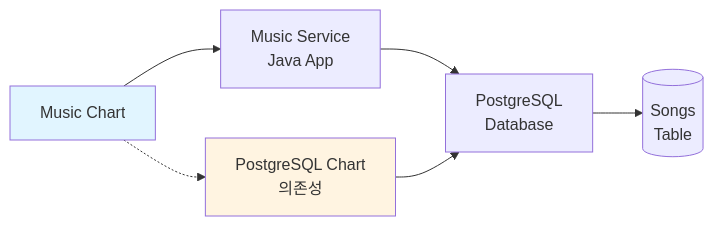
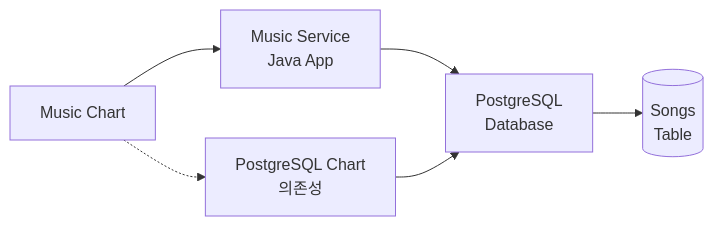
Before and after one commit to juwon8891/juwon8891.github.io: the fourth of 10 diagrams in docs/cicd/week2-helm-tekton.md, drawn with Mermaid. The commit also changed other lines of this file and 18 other files, not shown here.

Commit message:
Remove bright colors from Mermaid diagrams for dark mode compatibility

````diff
--- a/docs/cicd/week2-helm-tekton.md
+++ b/docs/cicd/week2-helm-tekton.md
@@ -559,12 +556,10 @@
 ```mermaid
 graph LR
     A[Music Service<br/>Java App] --> B[PostgreSQL<br/>Database]
     B --> C[(Songs<br/>Table)]
 
     D[Music Chart] -.-> E[PostgreSQL Chart<br/>의존성]
     E --> B
     D --> A
 
-    style D fill:#e1f5ff
-    style E fill:#fff4e1
 ```
````
